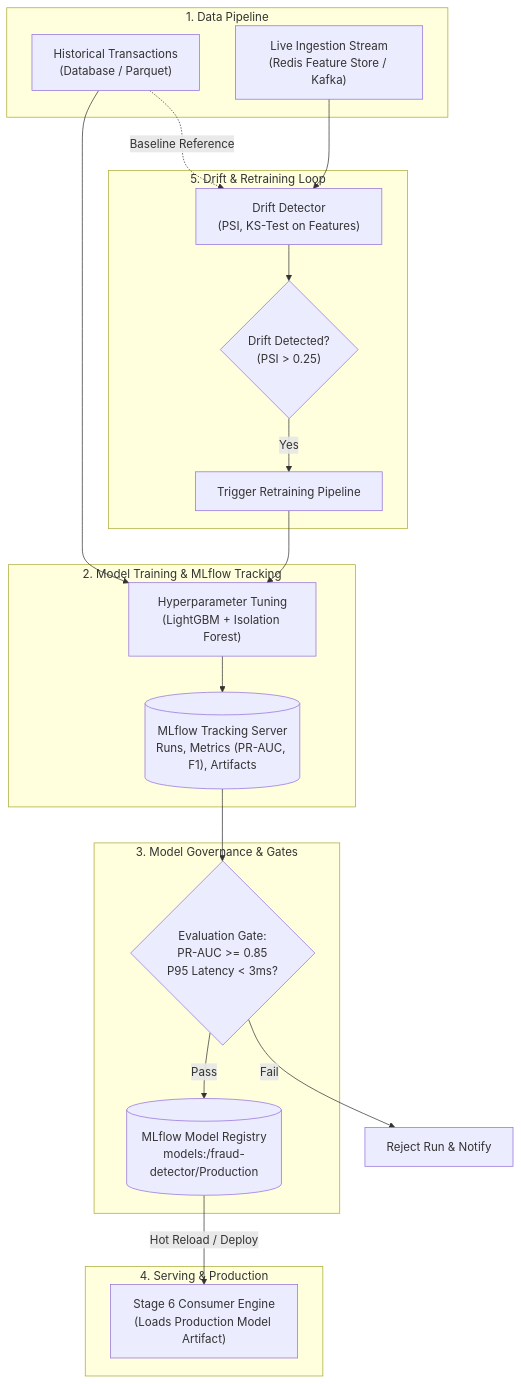
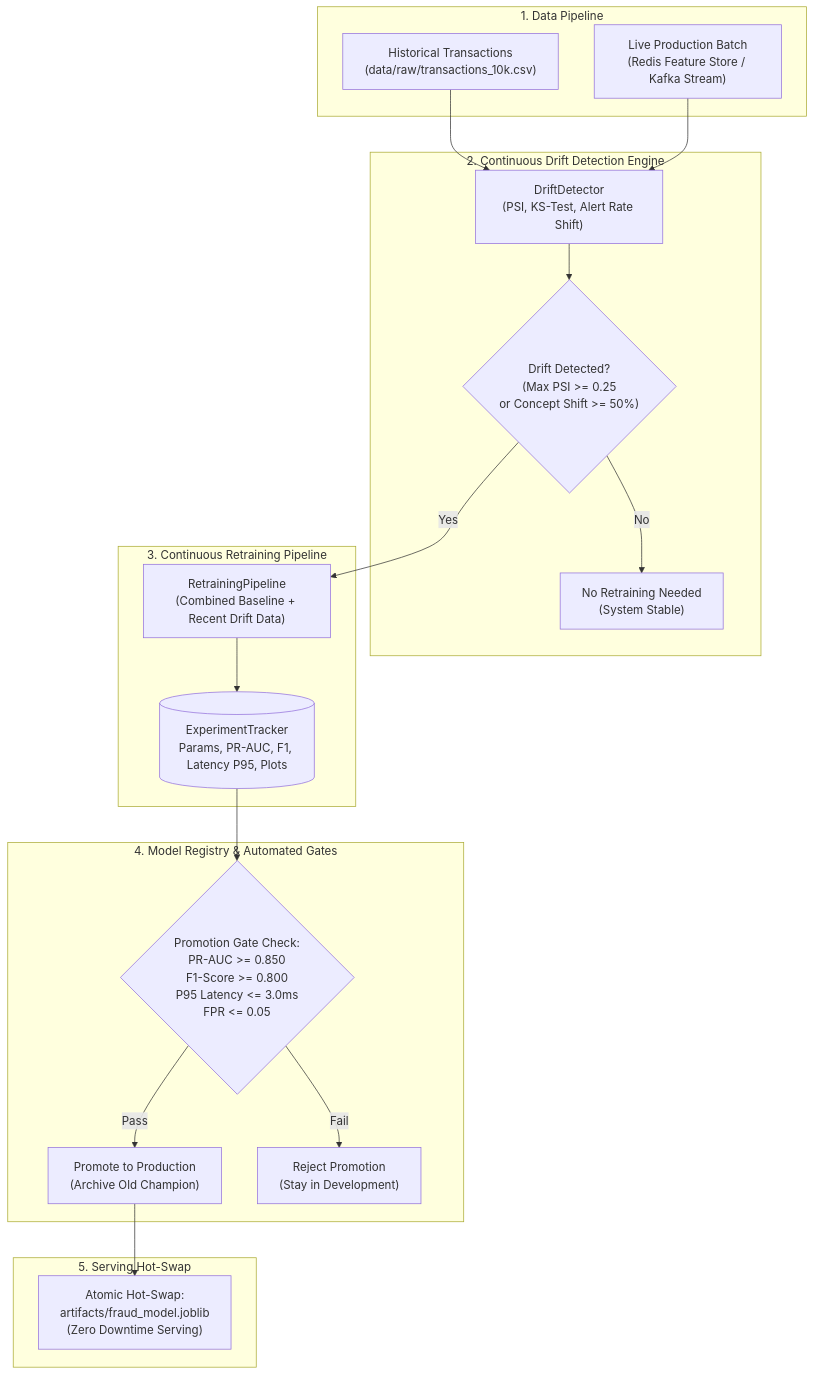
Before and after one commit to abubinfahd/realtime-fraud-detection: the diagram in docs/stage-11-mlops-pipeline.md, drawn with Mermaid. The commit also changed other lines of this file and 2 other files, not shown here.

Commit message:
docs(stage-11): update stage 11 specification, master README roadmap, and Bengali guide

````diff
--- a/docs/stage-11-mlops-pipeline.md
+++ b/docs/stage-11-mlops-pipeline.md
@@ -27,39 +29,39 @@
 ```mermaid
 flowchart TD
     subgraph Data["1. Data Pipeline"]
-        TRAIN_DATA["Historical Transactions\n(Database / Parquet)"]
-        LIVE_DATA["Live Ingestion Stream\n(Redis Feature Store / Kafka)"]
+        TRAIN_DATA["Historical Transactions\n(data/raw/transactions_10k.csv)"]
+        LIVE_DATA["Live Production Batch\n(Redis Feature Store / Kafka Stream)"]
     end
 
-    subgraph Training["2. Model Training & MLflow Tracking"]
-        TUNING["Hyperparameter Tuning\n(LightGBM + Isolation Forest)"]
-        MLFLOW_TRACK[("MLflow Tracking Server\nRuns, Metrics (PR-AUC, F1), Artifacts")]
+    subgraph Monitoring["2. Continuous Drift Detection Engine"]
+        DRIFT["DriftDetector\n(PSI, KS-Test, Alert Rate Shift)"]
+        DECISION{"Drift Detected?\n(Max PSI >= 0.25\nor Concept Shift >= 50%)"}
+        NO_OP["No Retraining Needed\n(System Stable)"]
     end
 
-    subgraph Registry["3. Model Governance & Gates"]
-        GATE{"Evaluation Gate:\nPR-AUC >= 0.85\nP95 Latency < 3ms?"}
-        REGISTRY[("MLflow Model Registry\nmodels:/fraud-detector/Production")]
+    subgraph Retraining["3. Continuous Retraining Pipeline"]
+        RETRAIN["RetrainingPipeline\n(Combined Baseline + Recent Drift Data)"]
+        TRACKER[("ExperimentTracker\nParams, PR-AUC, F1, Latency P95, Plots")]
     end
 
-    subgraph Serving["4. Serving & Production"]
-        INFERENCE["Stage 6 Consumer Engine\n(Loads Production Model Artifact)"]
+    subgraph Governance["4. Model Registry & Automated Gates"]
+        GATE{"Promotion Gate Check:\nPR-AUC >= 0.850\nF1-Score >= 0.800\nP95 Latency <= 3.0ms\nFPR <= 0.05"}
+        PROMOTE["Promote to Production\n(Archive Old Champion)"]
+        REJECT["Reject Promotion\n(Stay in Development)"]
     end
 
-    subgraph Monitoring["5. Drift & Retraining Loop"]
-        DRIFT["Drift Detector\n(PSI, KS-Test on Features)"]
-        TRIGGER{"Drift Detected?\n(PSI > 0.25)"}
-        RETRAIN["Trigger Retraining Pipeline"]
+    subgraph Deployment["5. Serving Hot-Swap"]
+        HOTSWAP["Atomic Hot-Swap:\nartifacts/fraud_model.joblib\n(Zero Downtime Serving)"]
     end
 
-    TRAIN_DATA --> TUNING
-    TUNING --> MLFLOW_TRACK
-    MLFLOW_TRACK --> GATE
-    GATE -->|Pass| REGISTRY
-    GATE -->|Fail| REJECT["Reject Run & Notify"]
-    REGISTRY -->|Hot Reload / Deploy| INFERENCE
+    TRAIN_DATA --> DRIFT
     LIVE_DATA --> DRIFT
-    TRAIN_DATA -.->|Baseline Reference| DRIFT
-    DRIFT --> TRIGGER
-    TRIGGER -->|Yes| RETRAIN
-    RETRAIN --> TUNING
+    DRIFT --> DECISION
+    DECISION -->|No| NO_OP
+    DECISION -->|Yes| RETRAIN
+    RETRAIN --> TRACKER
+    TRACKER --> GATE
+    GATE -->|Pass| PROMOTE
+    GATE -->|Fail| REJECT
+    PROMOTE --> HOTSWAP
 ```
````
